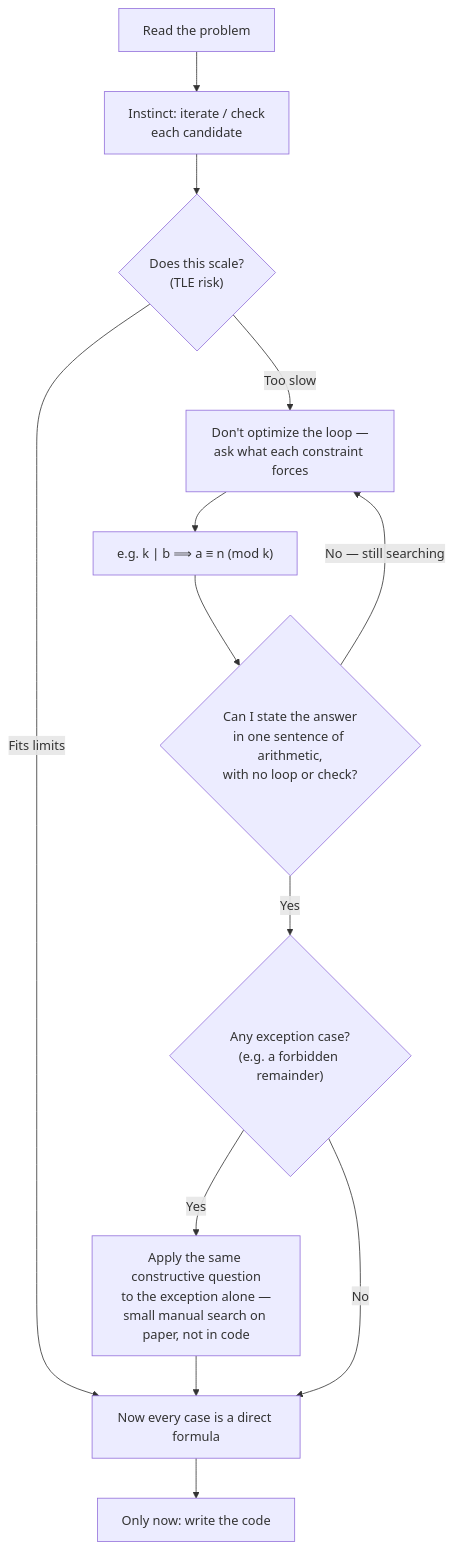
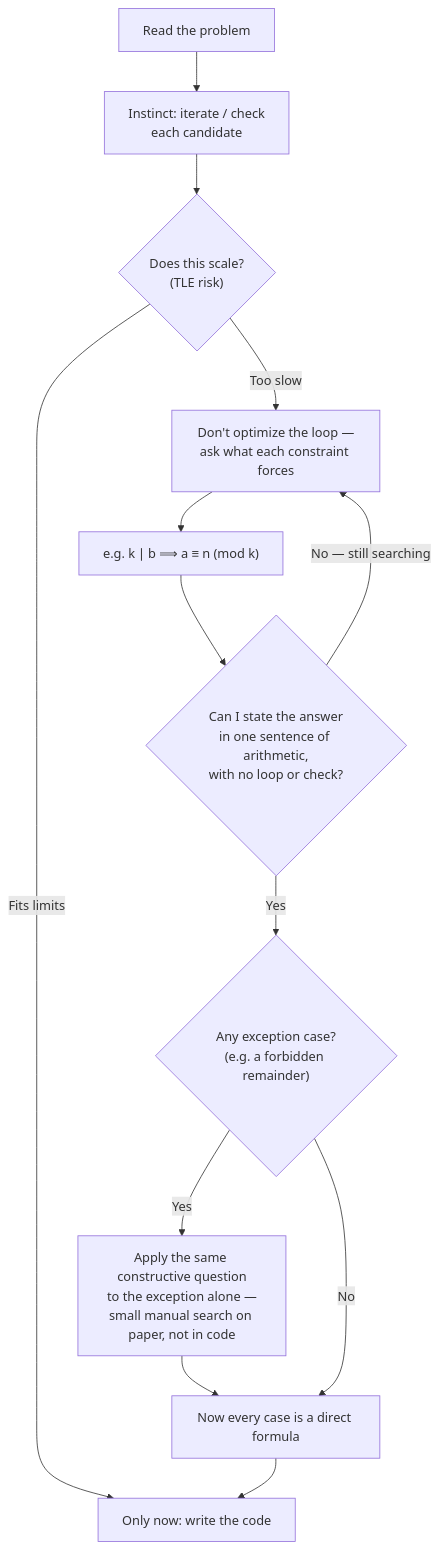
The diagram in General Tricks & Techniques/Contest Strategy/Contest Math Thinking.md (Mojahidul21/My-Competitive-Programming-Journey), drawn with Mermaid before and after one commit.

Commit message:
Update Contest Math Thinking.md

````diff
--- a/General Tricks & Techniques/Contest Strategy/Contest Math Thinking.md
+++ b/General Tricks & Techniques/Contest Strategy/Contest Math Thinking.md
@@ -87,15 +87,15 @@
 ```mermaid
 flowchart TD
     A["Read the problem"] --> B["Instinct: iterate / check<br/>each candidate"]
     B --> C{"Does this scale?<br/>(TLE risk)"}
-    C -- "Fits limits" --> I
+    C -- "Fits limits" --> J
     C -- "Too slow" --> D["Don't optimize the loop —<br/>ask what each constraint forces"]
     D --> E["e.g. k ∣ b  ⟹  a ≡ n (mod k)"]
     E --> F{"Can I state the answer<br/>in one sentence of arithmetic,<br/>with no loop or check?"}
     F -- "No — still searching" --> D
     F -- "Yes" --> G{"Any exception case?<br/>(e.g. a forbidden remainder)"}
     G -- "Yes" --> H["Apply the same constructive question<br/>to the exception alone —<br/>small manual search on paper, not in code"]
     H --> I["Now every case is a direct formula"]
     G -- "No" --> I
     I --> J["Only now: write the code"]
 ```
````
